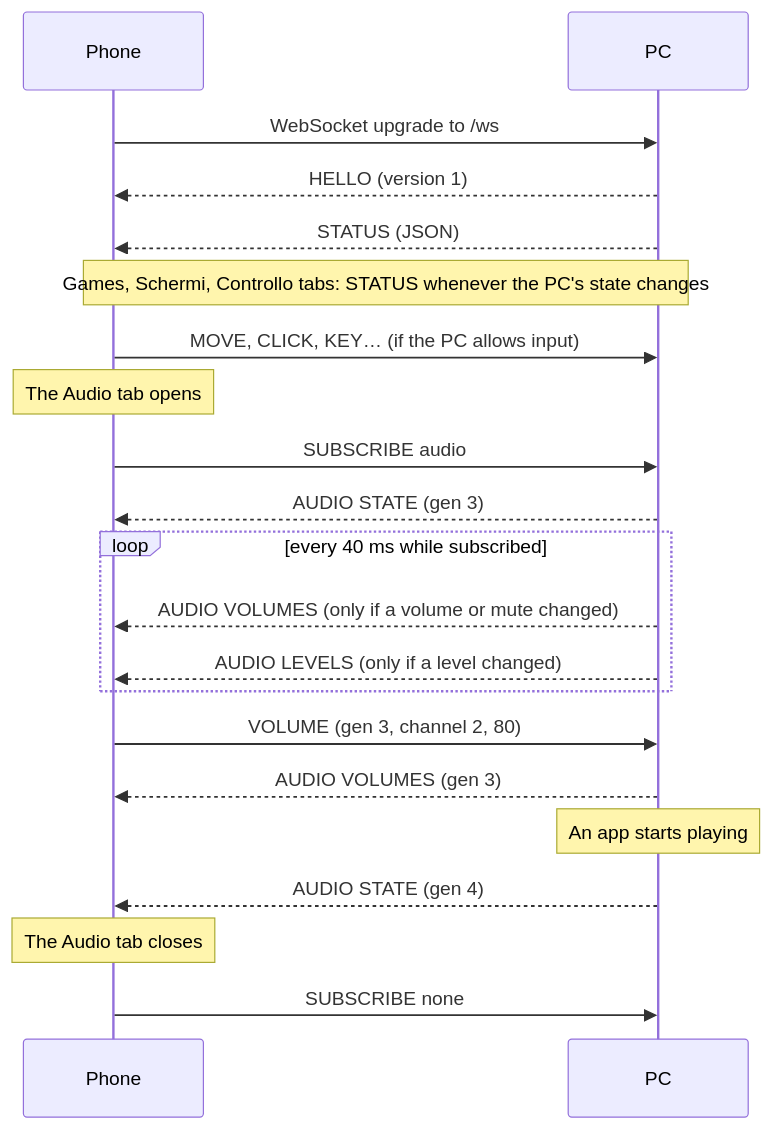
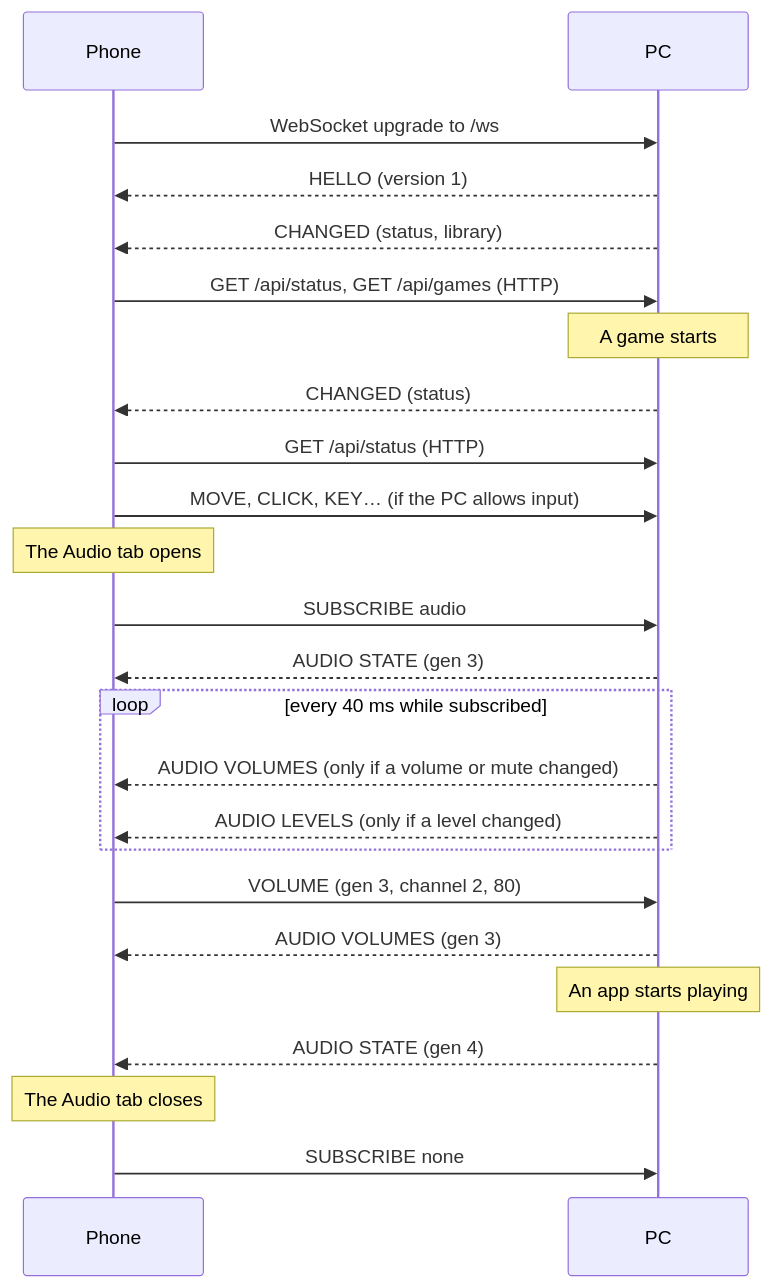
Before and after one commit to DanieleS/couchpilot: the diagram in docs/protocol.md, drawn with Mermaid. The commit also changed other lines of this file and 12 other files, not shown here.

First line of the commit message:
Keep status and library as JSON on HTTP; the socket only says they changed

````diff
--- a/docs/protocol.md
+++ b/docs/protocol.md
@@ -94,23 +97,26 @@
 ```mermaid
 sequenceDiagram
     participant P as Phone
     participant C as PC
     P->>C: WebSocket upgrade to /ws
     C-->>P: HELLO (version 1)
-    C-->>P: STATUS (JSON)
-    Note over P,C: Games, Schermi, Controllo tabs: STATUS whenever the PC's state changes
+    C-->>P: CHANGED (status, library)
+    P->>C: GET /api/status, GET /api/games (HTTP)
+    Note over C: A game starts
+    C-->>P: CHANGED (status)
+    P->>C: GET /api/status (HTTP)
     P->>C: MOVE, CLICK, KEY… (if the PC allows input)
     Note over P: The Audio tab opens
     P->>C: SUBSCRIBE audio
     C-->>P: AUDIO STATE (gen 3)
     loop every 40 ms while subscribed
         C-->>P: AUDIO VOLUMES (only if a volume or mute changed)
         C-->>P: AUDIO LEVELS (only if a level changed)
     end
     P->>C: VOLUME (gen 3, channel 2, 80)
     C-->>P: AUDIO VOLUMES (gen 3)
     Note over C: An app starts playing
     C-->>P: AUDIO STATE (gen 4)
     Note over P: The Audio tab closes
     P->>C: SUBSCRIBE none
 ```
````
